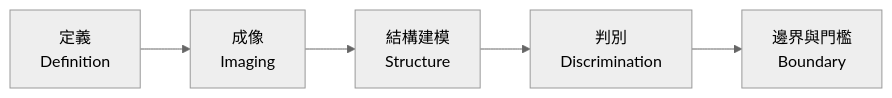
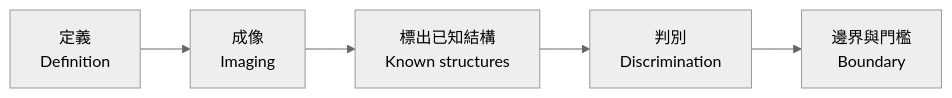
One commit to dtgfdgfgf/BIO changed the diagram in README.md. Above: the diagram before and after it, drawn with Mermaid (neutral theme). The commit also changed other lines of this file and 19 other files, not shown here.

First line of the commit message:
docs: 「現況卡」改稱「現況表」、「結構建模」改稱「標出已知結構」

````diff
--- a/README.md
+++ b/README.md
@@ -36,4 +36,4 @@
 ```mermaid
 flowchart LR
-  A[定義<br/>Definition] --> B[成像<br/>Imaging] --> C[結構建模<br/>Structure] --> D[判別<br/>Discrimination] --> E[邊界與門檻<br/>Boundary]
+  A[定義<br/>Definition] --> B[成像<br/>Imaging] --> C[標出已知結構<br/>Known structures] --> D[判別<br/>Discrimination] --> E[邊界與門檻<br/>Boundary]
 ```
````
